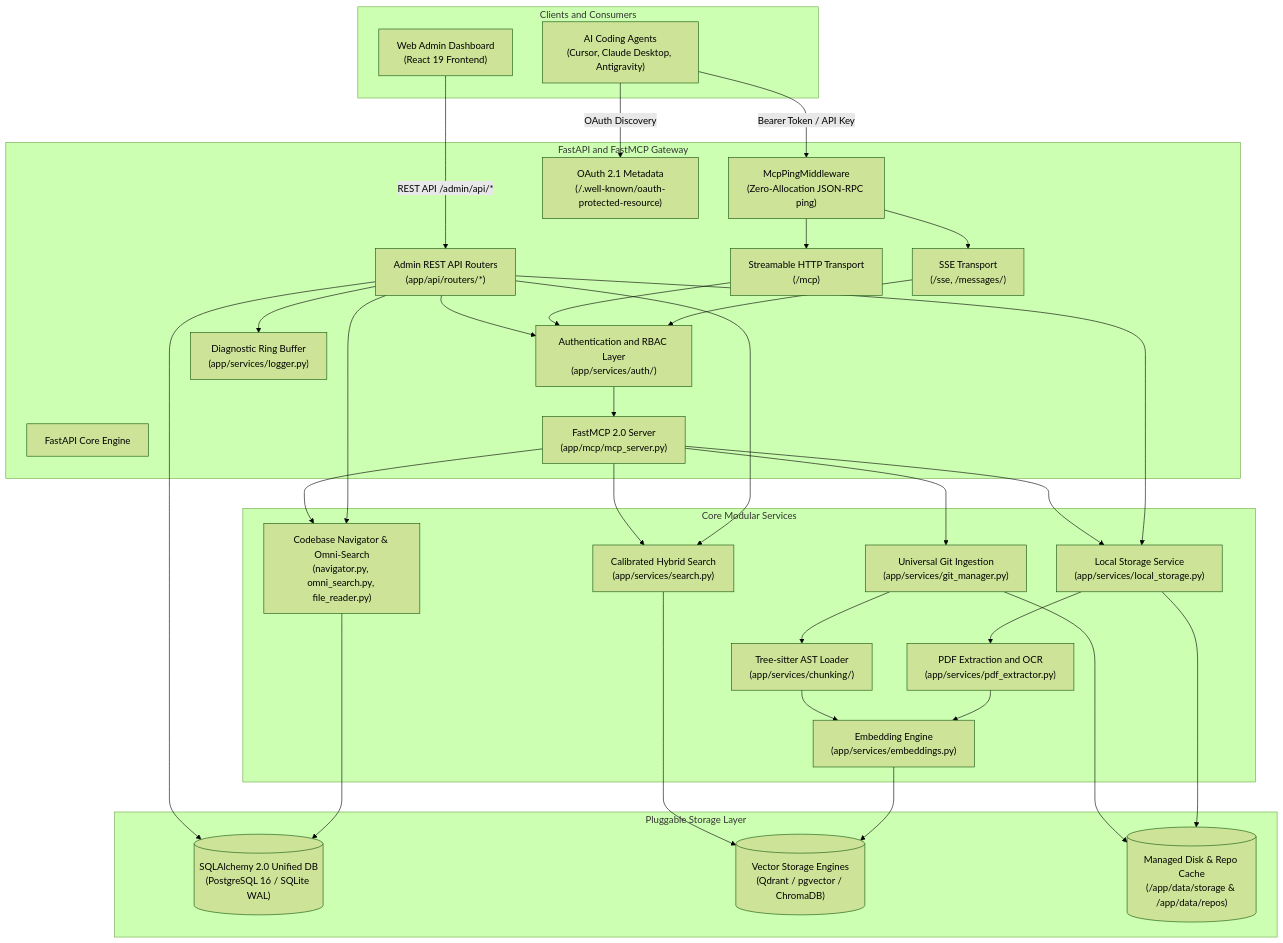
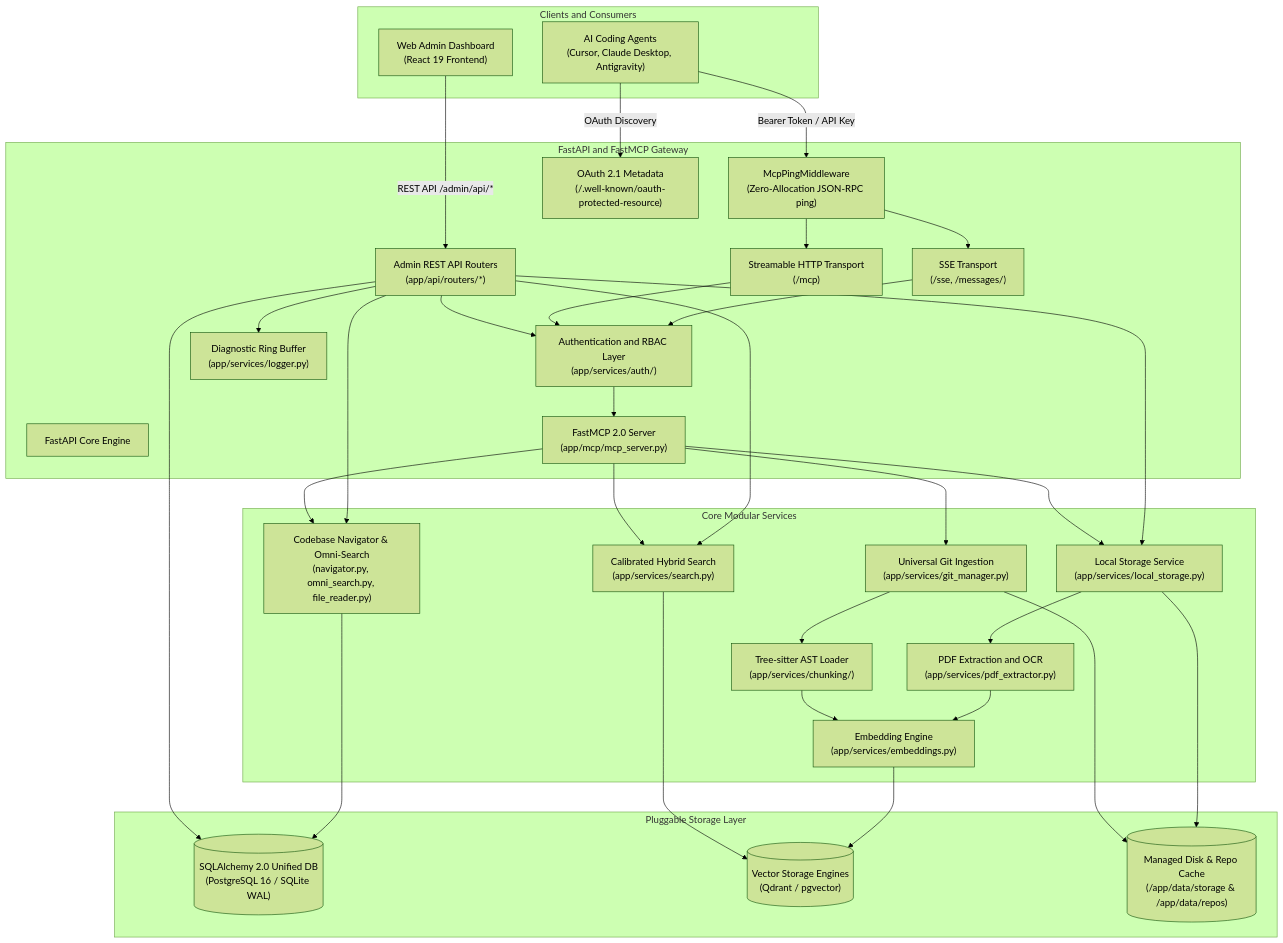
The diagram in docs/architecture/system-design.md (spelech/contextcortex), drawn with Mermaid (forest theme) before and after one commit. The commit also changed other lines of this file and 17 other files, not shown here.

````diff
--- a/docs/architecture/system-design.md
+++ b/docs/architecture/system-design.md
@@ -11,68 +11,68 @@
 ```mermaid
 flowchart TD
     subgraph Clients["Clients and Consumers"]
         Claude["AI Coding Agents<br/>(Cursor, Claude Desktop, Antigravity)"]
         Browser["Web Admin Dashboard<br/>(React 19 Frontend)"]
     end
 
     subgraph Gateway["FastAPI and FastMCP Gateway"]
         FastAPI["FastAPI Core Engine"]
         PingMW["McpPingMiddleware<br/>(Zero-Allocation JSON-RPC ping)"]
         AuthLayer["Authentication and RBAC Layer<br/>(app/services/auth/)"]
         FastMCP["FastMCP 2.0 Server<br/>(app/mcp/mcp_server.py)"]
         SSE["SSE Transport<br/>(/sse, /messages/)"]
         HTTP["Streamable HTTP Transport<br/>(/mcp)"]
         RFC9728["OAuth 2.1 Metadata<br/>(/.well-known/oauth-protected-resource)"]
         AdminAPI["Admin REST API Routers<br/>(app/api/routers/*)"]
         LogBuffer["Diagnostic Ring Buffer<br/>(app/services/logger.py)"]
     end
 
     subgraph CoreServices["Core Modular Services"]
         GitMgr["Universal Git Ingestion<br/>(app/services/git_manager.py)"]
         TSLoader["Tree-sitter AST Loader<br/>(app/services/chunking/)"]
         EmbeddingSrv["Embedding Engine<br/>(app/services/embeddings.py)"]
         SearchSrv["Calibrated Hybrid Search<br/>(app/services/search.py)"]
         NavigatorSrv["Codebase Navigator & Omni-Search<br/>(navigator.py, omni_search.py, file_reader.py)"]
         StorageSrv["Local Storage Service<br/>(app/services/local_storage.py)"]
         PdfExtractor["PDF Extraction and OCR<br/>(app/services/pdf_extractor.py)"]
     end
 
     subgraph StorageLayer["Pluggable Storage Layer"]
         RelationalDB[("SQLAlchemy 2.0 Unified DB<br/>(PostgreSQL 16 / SQLite WAL)")]
-        VectorDB[("Vector Storage Engines<br/>(Qdrant / pgvector / ChromaDB)")]
+        VectorDB[("Vector Storage Engines<br/>(Qdrant / pgvector)")]
         ManagedDisk[("Managed Disk & Repo Cache<br/>(/app/data/storage & /app/data/repos)")]
     end
 
     Claude -->|Bearer Token / API Key| PingMW
     PingMW --> SSE
     PingMW --> HTTP
     Claude -->|OAuth Discovery| RFC9728
 
     SSE --> AuthLayer
     HTTP --> AuthLayer
     AuthLayer --> FastMCP
 
     Browser -->|REST API /admin/api/*| AdminAPI
     AdminAPI --> AuthLayer
     AdminAPI --> NavigatorSrv
     AdminAPI --> SearchSrv
     AdminAPI --> StorageSrv
     AdminAPI --> LogBuffer
 
     FastMCP --> SearchSrv
     FastMCP --> NavigatorSrv
     FastMCP --> GitMgr
     FastMCP --> StorageSrv
 
     GitMgr --> TSLoader
     StorageSrv --> PdfExtractor
     PdfExtractor --> EmbeddingSrv
     TSLoader --> EmbeddingSrv
 
     EmbeddingSrv --> VectorDB
     SearchSrv --> VectorDB
     NavigatorSrv --> RelationalDB
     AdminAPI --> RelationalDB
     StorageSrv --> ManagedDisk
     GitMgr --> ManagedDisk
 ```
````
